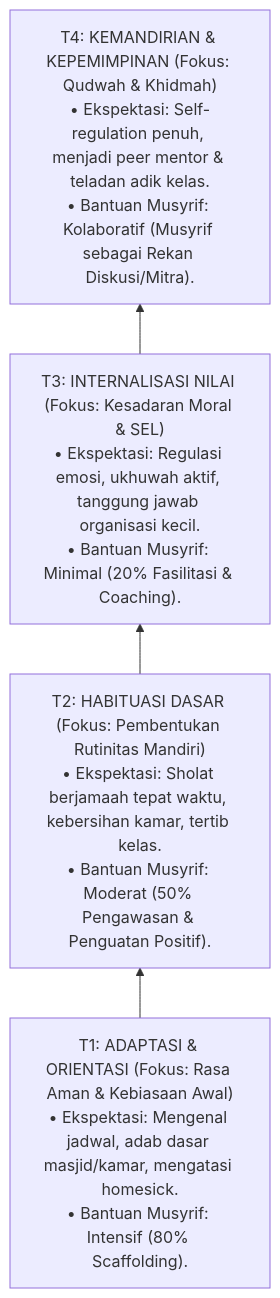
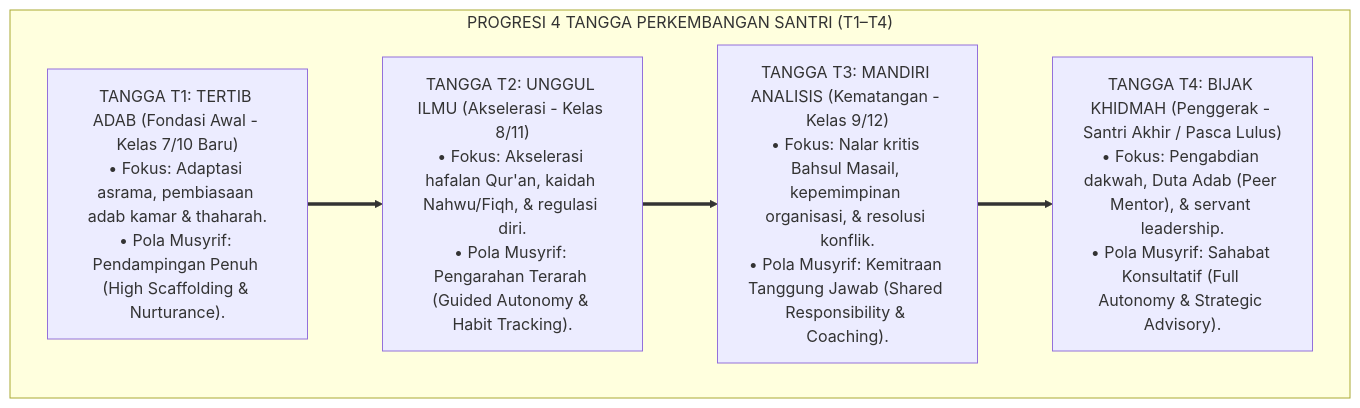
One commit to wandiapriliyandi/tumbuh changed the first of 7 diagrams in 02 Principles/04 Development Principles/P2-04-03-Prinsip-Progresi-Tangga-TUMBUH-T1-T4.md. Above: the diagram before and after it, drawn with Mermaid. The commit also changed other lines of this file and 42 other files, not shown here.

````diff
--- a/02 Principles/04 Development Principles/P2-04-03-Prinsip-Progresi-Tangga-TUMBUH-T1-T4.md
+++ b/02 Principles/04 Development Principles/P2-04-03-Prinsip-Progresi-Tangga-TUMBUH-T1-T4.md
@@ -10,12 +61,14 @@
 ```mermaid
-graph BT
-    T1["T1: ADAPTASI & ORIENTASI (Fokus: Rasa Aman & Kebiasaan Awal)<br/>• Ekspektasi: Mengenal jadwal, adab dasar masjid/kamar, mengatasi homesick.<br/>• Bantuan Musyrif: Intensif (80% Scaffolding)."]
-    
-    T2["T2: HABITUASI DASAR (Fokus: Pembentukan Rutinitas Mandiri)<br/>• Ekspektasi: Sholat berjamaah tepat waktu, kebersihan kamar, tertib kelas.<br/>• Bantuan Musyrif: Moderat (50% Pengawasan & Penguatan Positif)."]
-    
-    T3["T3: INTERNALISASI NILAI (Fokus: Kesadaran Moral & SEL)<br/>• Ekspektasi: Regulasi emosi, ukhuwah aktif, tanggung jawab organisasi kecil.<br/>• Bantuan Musyrif: Minimal (20% Fasilitasi & Coaching)."]
-    
-    T4["T4: KEMANDIRIAN & KEPEMIMPINAN (Fokus: Qudwah & Khidmah)<br/>• Ekspektasi: Self-regulation penuh, menjadi peer mentor & teladan adik kelas.<br/>• Bantuan Musyrif: Kolaboratif (Musyrif sebagai Rekan Diskusi/Mitra)."]
-
-    T1 --> T2 --> T3 --> T4
+flowchart TD
+    subgraph ArsitekturTanggaTUMBUH["PROGRESI 4 TANGGA PERKEMBANGAN SANTRI (T1–T4)"]
+        T1["TANGGA T1: TERTIB ADAB (Fondasi Awal - Kelas 7/10 Baru)<br/>• Fokus: Adaptasi asrama, pembiasaan adab kamar & thaharah.<br/>• Pola Musyrif: Pendampingan Penuh (High Scaffolding & Nurturance)."]
+        
+        T2["TANGGA T2: UNGGUL ILMU (Akselerasi - Kelas 8/11)<br/>• Fokus: Akselerasi hafalan Qur'an, kaidah Nahwu/Fiqh, & regulasi diri.<br/>• Pola Musyrif: Pengarahan Terarah (Guided Autonomy & Habit Tracking)."]
+        
+        T3["TANGGA T3: MANDIRI ANALISIS (Kematangan - Kelas 9/12)<br/>• Fokus: Nalar kritis Bahsul Masail, kepemimpinan organisasi, & resolusi konflik.<br/>• Pola Musyrif: Kemitraan Tanggung Jawab (Shared Responsibility & Coaching)."]
+        
+        T4["TANGGA T4: BIJAK KHIDMAH (Penggerak - Santri Akhir / Pasca Lulus)<br/>• Fokus: Pengabdian dakwah, Duta Adab (Peer Mentor), & servant leadership.<br/>• Pola Musyrif: Sahabat Konsultatif (Full Autonomy & Strategic Advisory)."]
+        
+        T1 ==> T2 ==> T3 ==> T4
+    end
 ```
````
